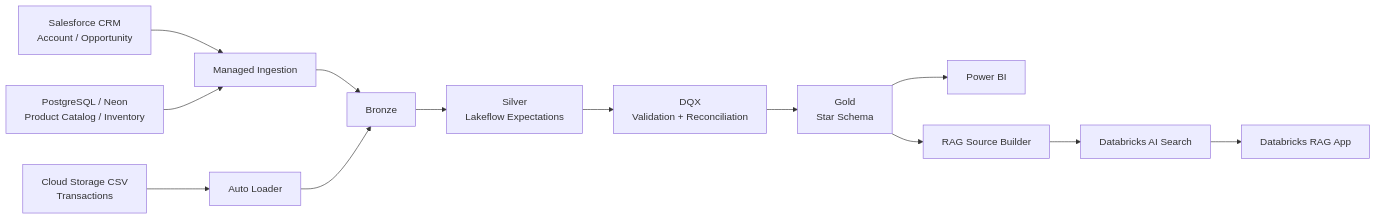
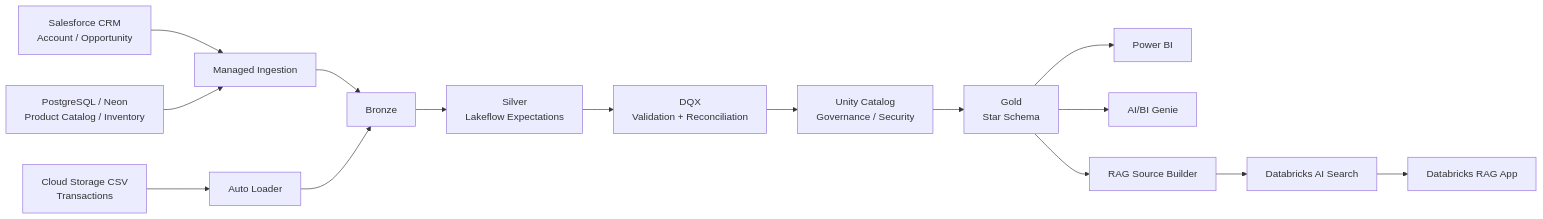
Before and after one commit to yanquielarango/retail_project: the first of 5 diagrams in README.md, drawn with Mermaid. The commit also changed other lines of this file and 14 other files, not shown here.

````diff
--- a/README.md
+++ b/README.md
@@ -69,34 +75,40 @@
 ```mermaid
 flowchart LR
     SF[Salesforce CRM<br/>Account / Opportunity]
     PG[PostgreSQL / Neon<br/>Product Catalog / Inventory]
     CSV[Cloud Storage CSV<br/>Transactions]
- 
+
     ING1[Managed Ingestion]
     ING2[Auto Loader]
- 
+
     BR[Bronze]
     SI[Silver<br/>Lakeflow Expectations]
     DQX[DQX<br/>Validation + Reconciliation]
+    GOV[Unity Catalog<br/>Governance / Security]
     GO[Gold<br/>Star Schema]
- 
+
     PBI[Power BI]
+    GENIE[AI/BI Genie]
     RAGSRC[RAG Source Builder]
     SEARCH[Databricks AI Search]
     APP[Databricks RAG App]
- 
+
     SF --> ING1
     PG --> ING1
     CSV --> ING2
- 
+
     ING1 --> BR
     ING2 --> BR
+
     BR --> SI
     SI --> DQX
-    DQX --> GO
- 
+    DQX --> GOV
+    GOV --> GO
+
     GO --> PBI
+    GO --> GENIE
     GO --> RAGSRC
+
     RAGSRC --> SEARCH
     SEARCH --> APP
 ```
````
